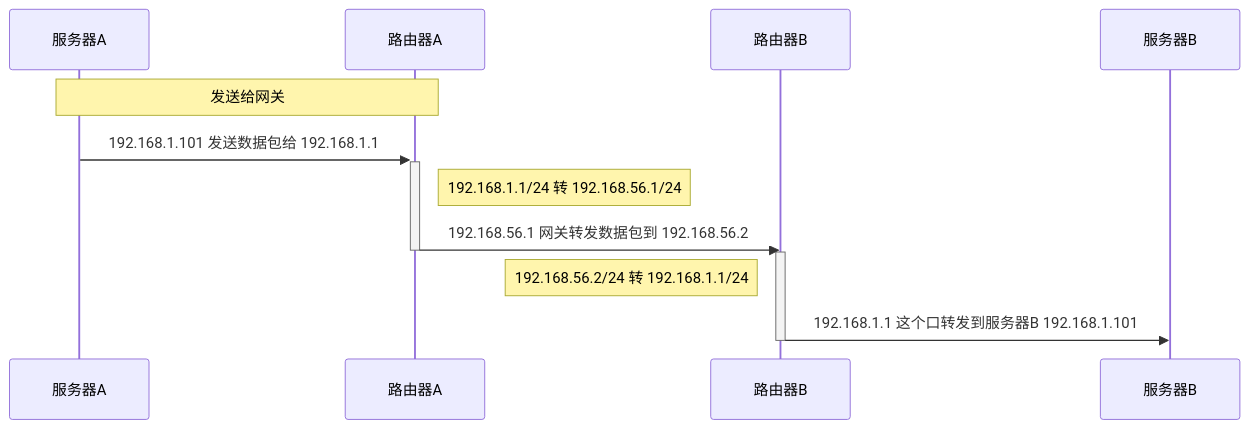
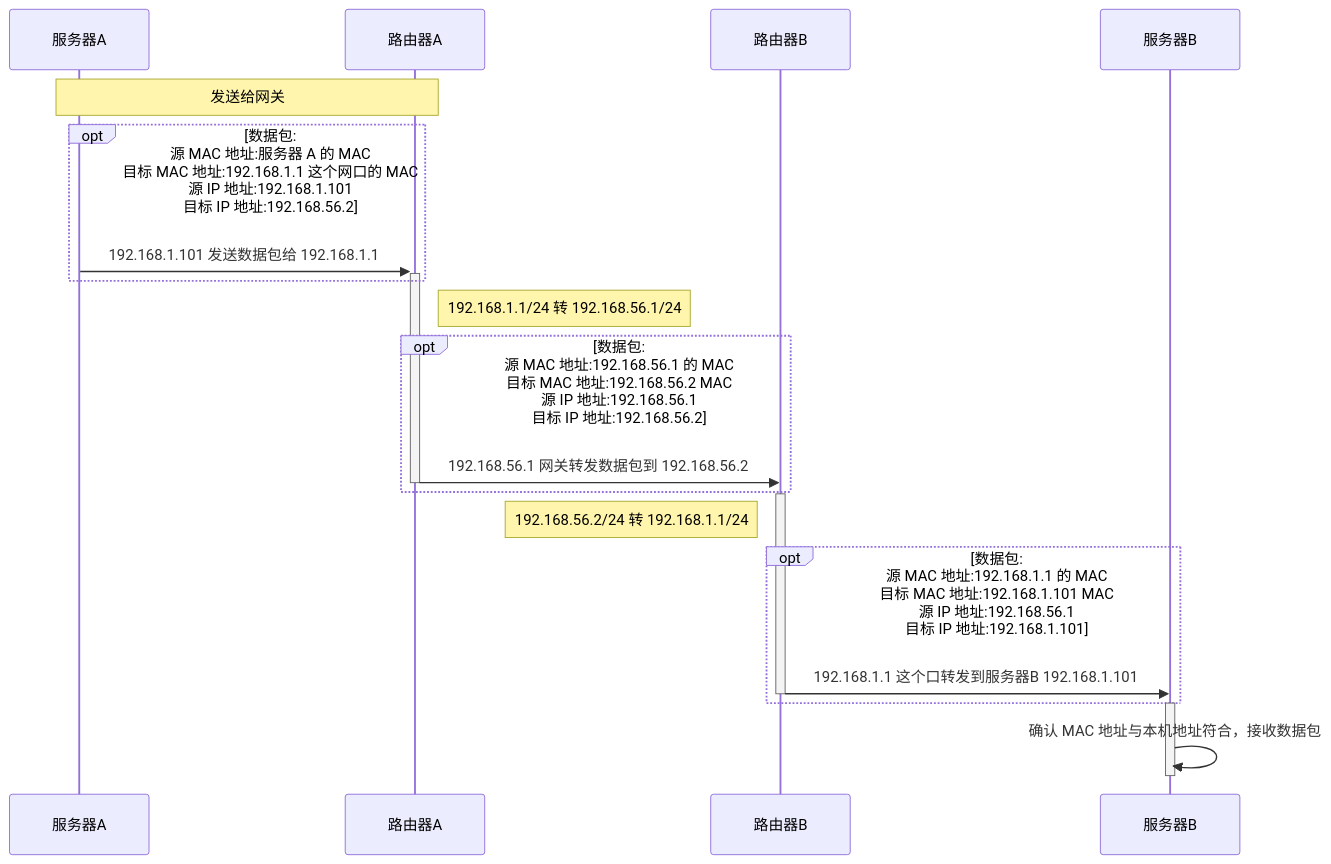
The fourth of 4 diagrams in lib/底层网络知识之从二层到三层/Gateway.md (kyriejoshua/network-protocol-notes), drawn with Mermaid before and after one commit. The commit also changed other lines of this file and 1 other file, not shown here.

Commit message:
:page_facing_up: 更新时序图

````diff
--- a/lib/底层网络知识之从二层到三层/Gateway.md
+++ b/lib/底层网络知识之从二层到三层/Gateway.md
@@ -169,15 +178,24 @@
 ```mermaid
 sequenceDiagram
-participant 服务器A
-participant 路由器A
-participant 路由器B
-participant 服务器B
-Note over 服务器A,路由器A: 发送给网关
-服务器A->>+路由器A: 192.168.1.101 发送数据包给 192.168.1.1
-Note right of 路由器A: 192.168.1.1/24 转 192.168.56.1/24
-路由器A->>-路由器B: 192.168.56.1 网关转发数据包到 192.168.56.2
-activate 路由器B
-Note left of 路由器B: 192.168.56.2/24 转 192.168.1.1/24
-路由器B->>服务器B: 192.168.1.1 这个口转发到服务器B 192.168.1.101
-deactivate 路由器B
+	participant 服务器A
+	participant 路由器A
+	participant 路由器B
+	participant 服务器B
+	Note over 服务器A,路由器A: 发送给网关
+	opt 数据包: <br/>源 MAC 地址:服务器 A 的 MAC<br/>目标 MAC 地址:192.168.1.1 这个网口的 MAC<br/>源 IP 地址:192.168.1.101<br/>目标 IP 地址:192.168.56.2
+	服务器A->>+路由器A: 192.168.1.101 发送数据包给 192.168.1.1
+	end
+	Note right of 路由器A: 192.168.1.1/24 转 192.168.56.1/24
+	opt 数据包: <br/>源 MAC 地址:192.168.56.1 的 MAC<br/>目标 MAC 地址:192.168.56.2 MAC<br/>源 IP 地址:192.168.56.1<br/>目标 IP 地址:192.168.56.2
+	路由器A->>-路由器B: 192.168.56.1 网关转发数据包到 192.168.56.2
+	end
+	activate 路由器B
+	Note left of 路由器B: 192.168.56.2/24 转 192.168.1.1/24
+	opt 数据包: <br/>源 MAC 地址:192.168.1.1 的 MAC<br/>目标 MAC 地址:192.168.1.101 MAC<br/>源 IP 地址:192.168.56.1<br/>目标 IP 地址:192.168.1.101
+	路由器B->>服务器B: 192.168.1.1 这个口转发到服务器B 192.168.1.101
+	deactivate 路由器B
+	end
+	activate 服务器B
+	服务器B->>服务器B: 确认 MAC 地址与本机地址符合，接收数据包
+	deactivate 服务器B
 ```
````
